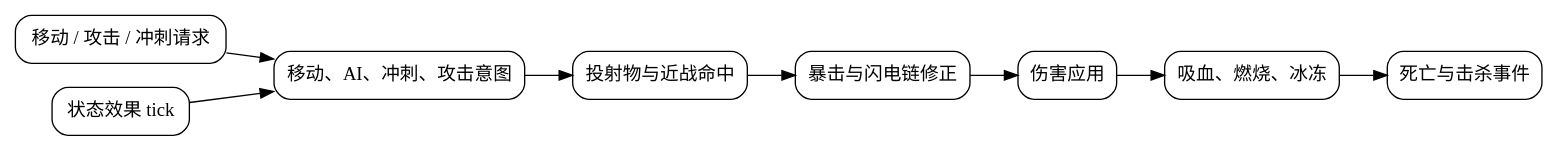
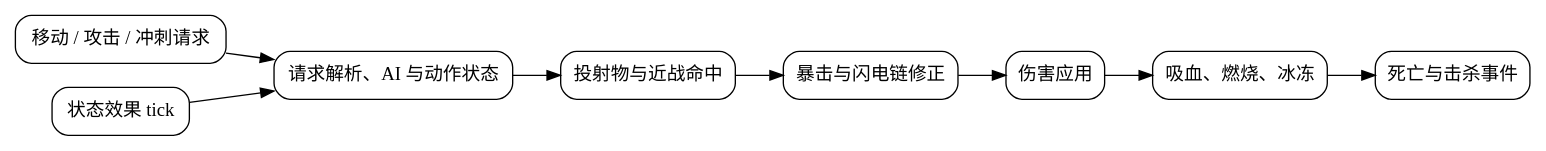
One commit to zzzhr666/server changed the diagram in docs/diagrams/combat-pipeline.dot. Above: the diagram before and after it, drawn with Graphviz. The commit also changed 3 other files, not shown here.

Commit message:
[docs] 同步战斗流程与图表

```diff
--- a/docs/diagrams/combat-pipeline.dot
+++ b/docs/diagrams/combat-pipeline.dot
@@ -1,14 +1,14 @@
 digraph combat_pipeline {
     rankdir=LR;
     node [shape=box, style=rounded];
     input [label="移动 / 攻击 / 冲刺请求"];
-    intent [label="移动、AI、冲刺、攻击意图"];
+    actions [label="请求解析、AI 与动作状态"];
     hit [label="投射物与近战命中"];
     modify [label="暴击与闪电链修正"];
     apply [label="伤害应用"];
     trigger [label="吸血、燃烧、冰冻"];
     death [label="死亡与击杀事件"];
     status [label="状态效果 tick"];
-    input -> intent -> hit -> modify -> apply -> trigger -> death;
-    status -> intent;
+    input -> actions -> hit -> modify -> apply -> trigger -> death;
+    status -> actions;
 }
```
